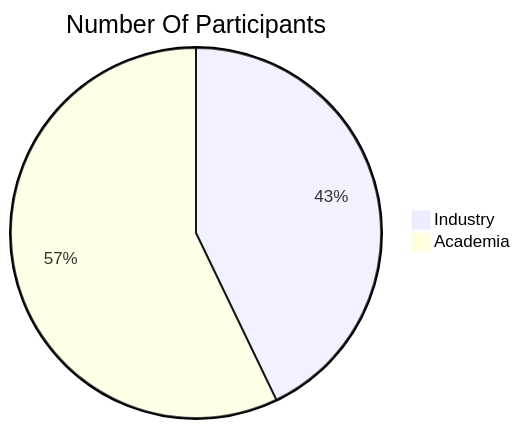
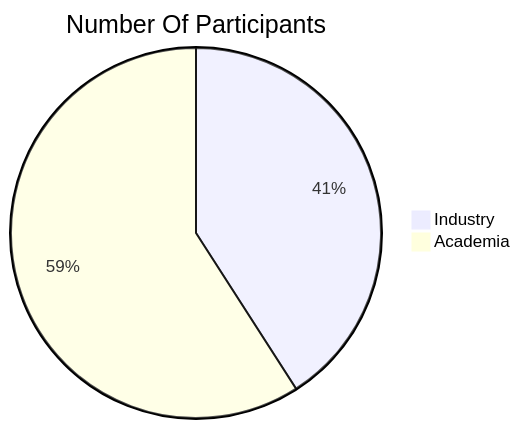
Before and after one commit to anonym-evalpro/EvalPro: the first of 15 diagrams in Search/README.md, drawn with Mermaid. The commit also changed other lines of this file and 1 other file, not shown here.

````diff
--- a/Search/README.md
+++ b/Search/README.md
@@ -13,5 +13,5 @@
         ```mermaid 
          pie title Number Of Participants
             "Industry" : 9
-            "Academia" : 12
+            "Academia" : 13
         ``` 
````
